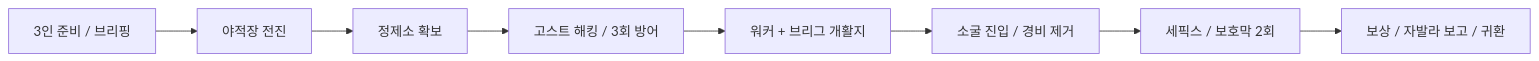
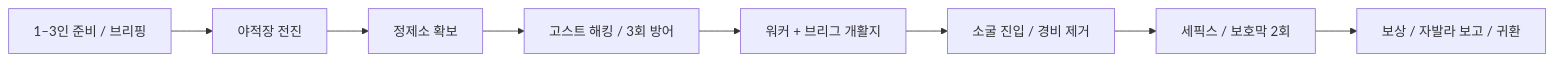
One commit to biryeongtrain/DestinyGuardians changed the diagram in docs/design/strikes/devils-lair-3p/기획.md. Above: the diagram before and after it, drawn with Mermaid. The commit also changed other lines of this file and 1273 other files, not shown here.

````diff
--- a/docs/design/strikes/devils-lair-3p/기획.md
+++ b/docs/design/strikes/devils-lair-3p/기획.md
@@ -37,10 +37,10 @@
 ```mermaid
 flowchart LR
-    A[3인 준비 / 브리핑] --> B[야적장 전진]
+    A[1–3인 준비 / 브리핑] --> B[야적장 전진]
     B --> C[정제소 확보]
     C --> D[고스트 해킹 / 3회 방어]
     D --> E[워커 + 브리그 개활지]
     E --> F[소굴 진입 / 경비 제거]
     F --> G[세픽스 / 보호막 2회]
     G --> H[보상 / 자발라 보고 / 귀환]
 ```
````
